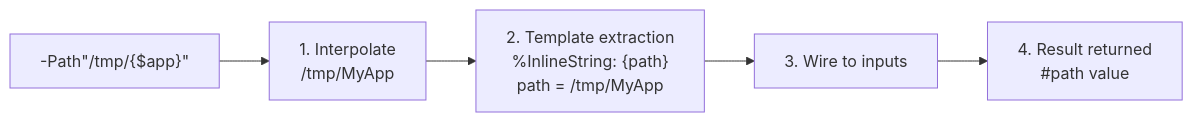
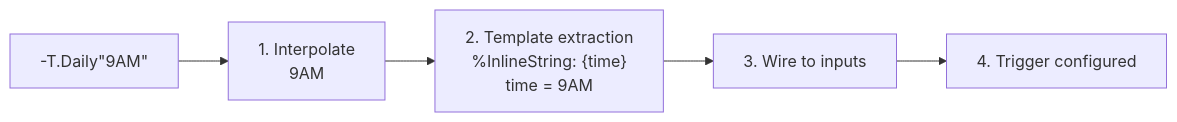
Before and after one commit to hasan-alj88/Polyglot: the diagram in docs/user/concepts/pipelines/inline-calls.md, drawn with Mermaid. The commit also changed other lines of this file and 23 other files, not shown here.

````diff
--- a/docs/user/concepts/pipelines/inline-calls.md
+++ b/docs/user/concepts/pipelines/inline-calls.md
@@ -58,10 +56,10 @@
 ```mermaid
 flowchart LR
-    RAW["-Path&quot;/tmp/{$app}&quot;"]
-    INTERP["1. Interpolate\n/tmp/MyApp"]
-    EXTRACT["2. Template extraction\n%InlineString: {path}\npath = /tmp/MyApp"]
-    WIRE["3. Wire to inputs\n<path << /tmp/MyApp"]
-    RESULT["4. Result returned\n#path value"]
+    RAW["-T.Daily&quot;9AM&quot;"]
+    INTERP["1. Interpolate\n9AM"]
+    EXTRACT["2. Template extraction\n%InlineString: {time}\ntime = 9AM"]
+    WIRE["3. Wire to inputs\n<time << 9AM"]
+    RESULT["4. Trigger configured"]
 
     RAW --> INTERP --> EXTRACT --> WIRE --> RESULT
 ```
````
